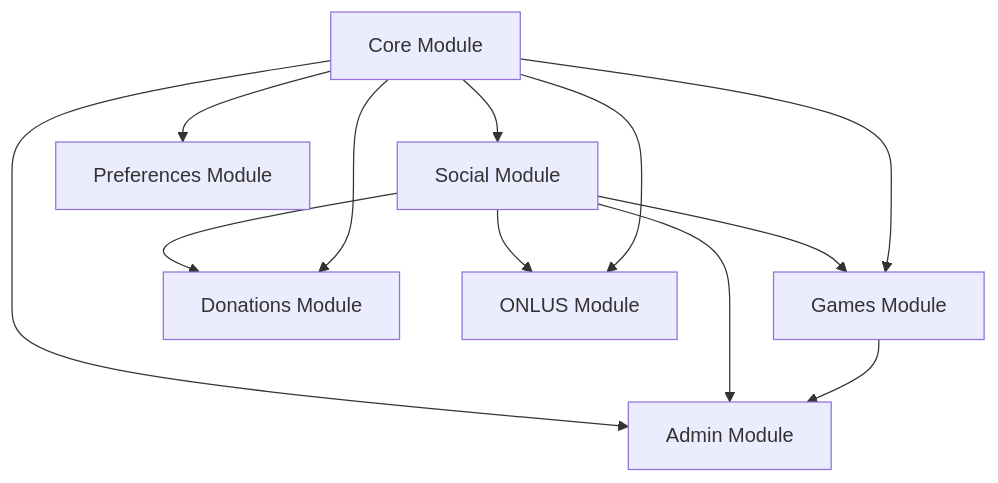
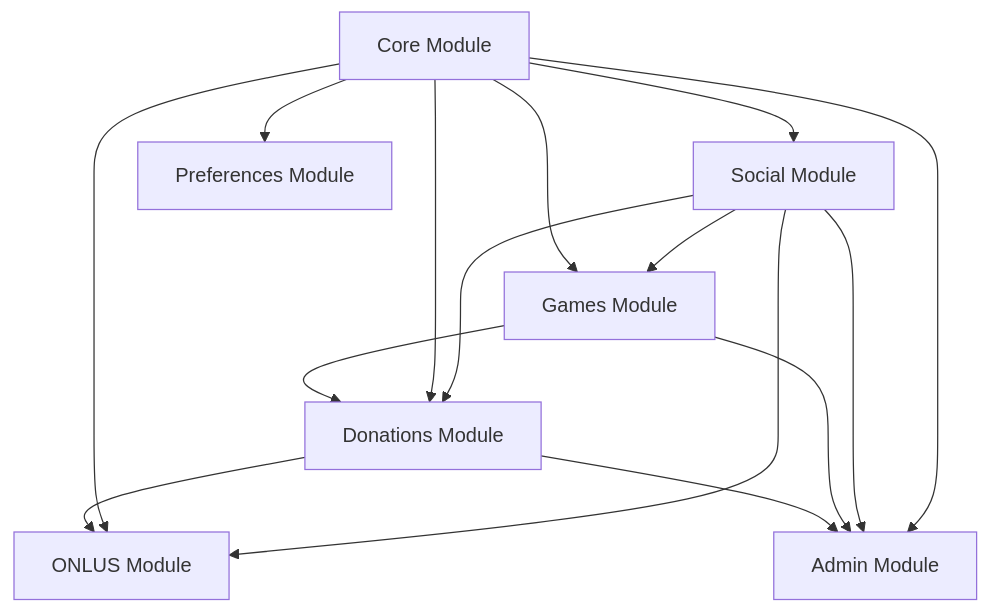
The first of 4 diagrams in docs/ARCHITECTURE.md (thenhz/goodplay-be), drawn with Mermaid before and after one commit. The commit also changed other lines of this file and 38 other files, not shown here.

````diff
--- a/docs/ARCHITECTURE.md
+++ b/docs/ARCHITECTURE.md
@@ -163,14 +163,17 @@
 ```mermaid
 graph TD
     A[Core Module] --> B[Social Module]
     A --> C[Preferences Module]
     B --> D[Games Module]
     A --> D
     B --> E[Donations Module]
     A --> E
+    D --> E
     B --> F[ONLUS Module]
     A --> F
+    E --> F
     A --> G[Admin Module]
     B --> G
     D --> G
+    E --> G
 ```
````
